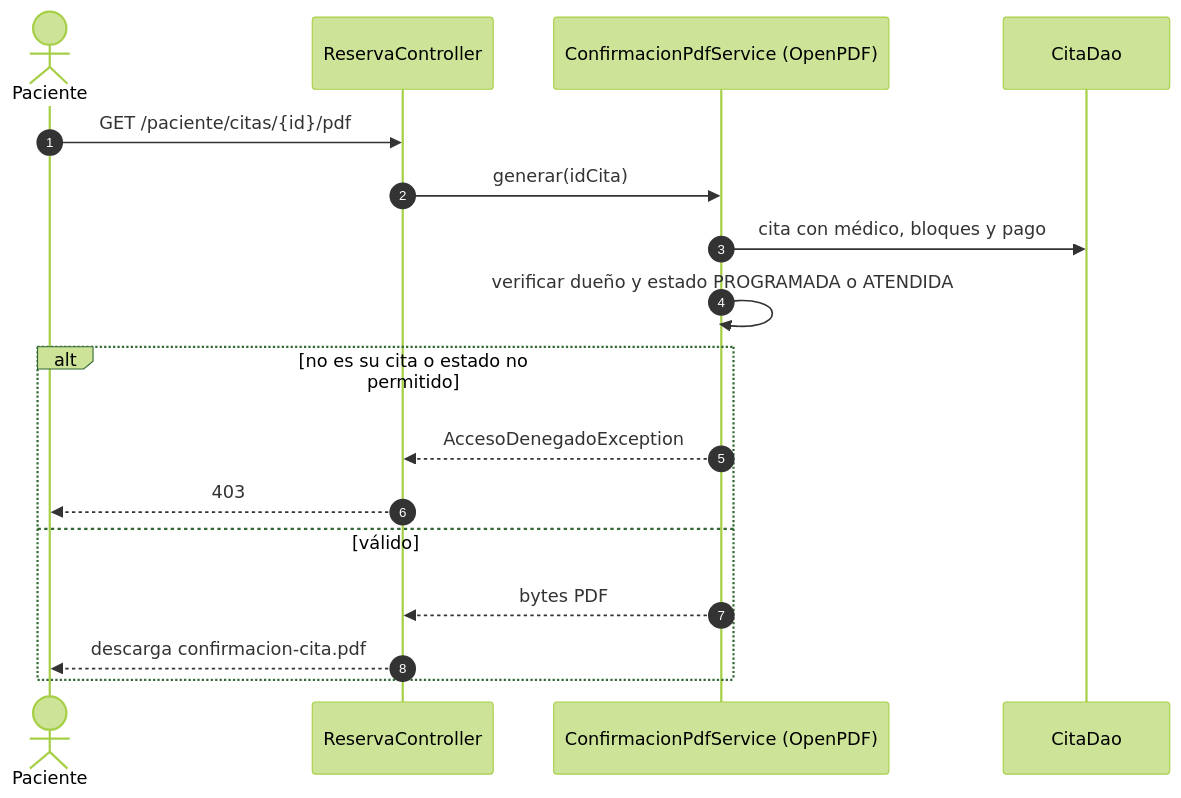
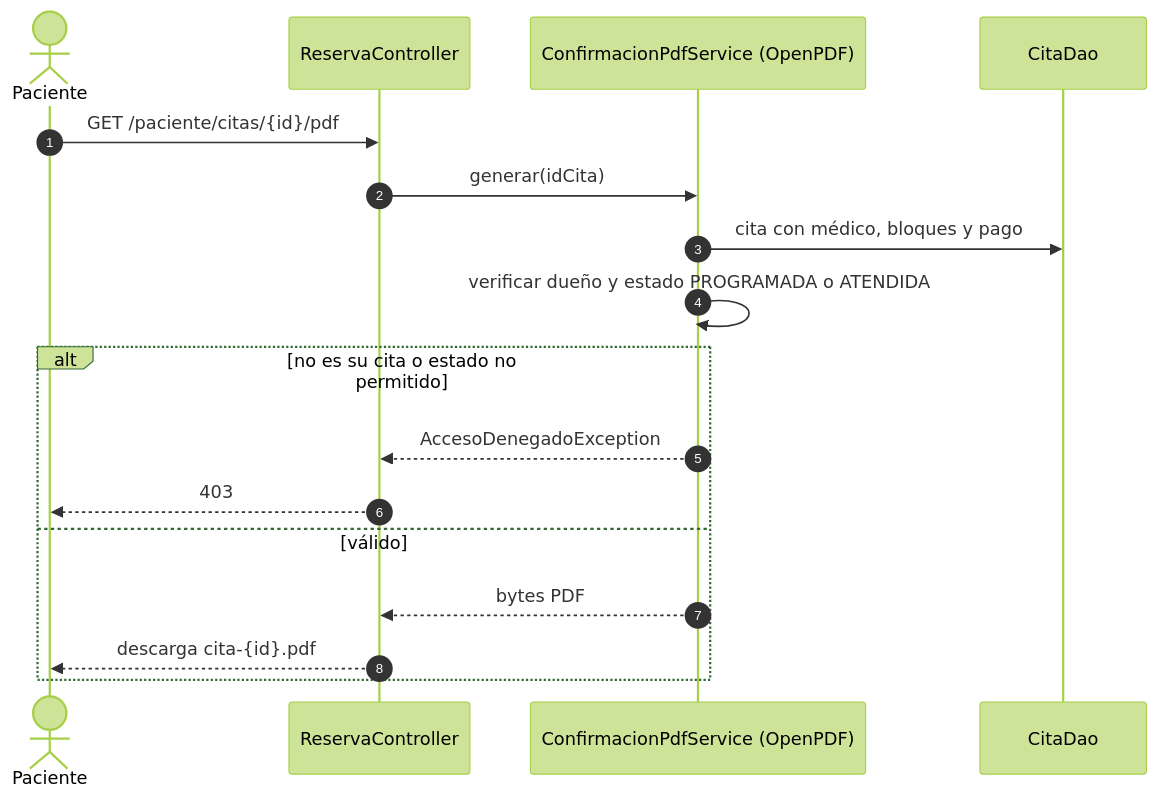
The tenth of 12 diagrams in README.md (manuelguarniz/medifast), drawn with Mermaid (forest theme) before and after one commit. The commit also changed other lines of this file and 28 other files, not shown here.

````diff
--- a/README.md
+++ b/README.md
@@ -535,20 +532,20 @@
 ```mermaid
 sequenceDiagram
     autonumber
     actor Pac as Paciente
     participant C as ReservaController
     participant P as ConfirmacionPdfService (OpenPDF)
     participant D as CitaDao
 
     Pac->>C: GET /paciente/citas/{id}/pdf
     C->>P: generar(idCita)
     P->>D: cita con médico, bloques y pago
     P->>P: verificar dueño y estado PROGRAMADA o ATENDIDA
     alt no es su cita o estado no permitido
         P-->>C: AccesoDenegadoException
         C-->>Pac: 403
     else válido
         P-->>C: bytes PDF
-        C-->>Pac: descarga confirmacion-cita.pdf
+        C-->>Pac: descarga cita-{id}.pdf
     end
 ```
````
